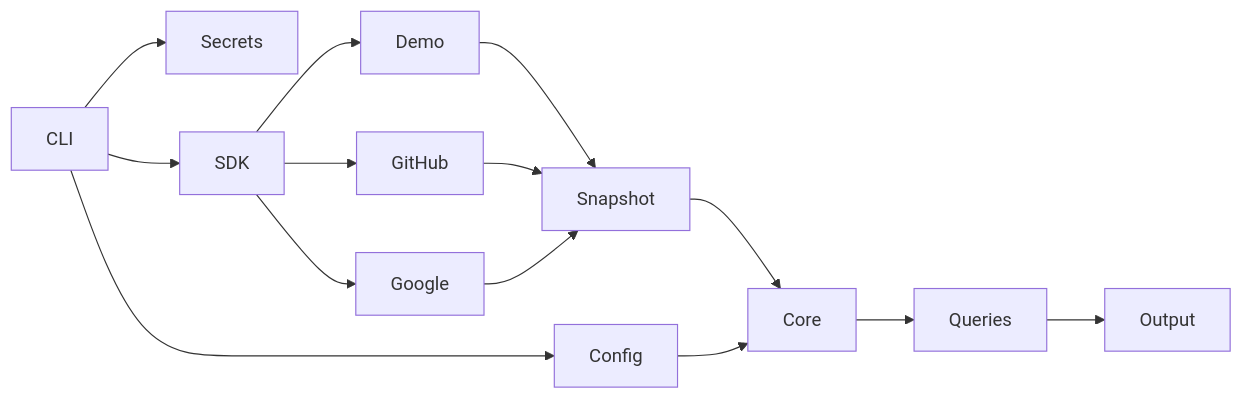
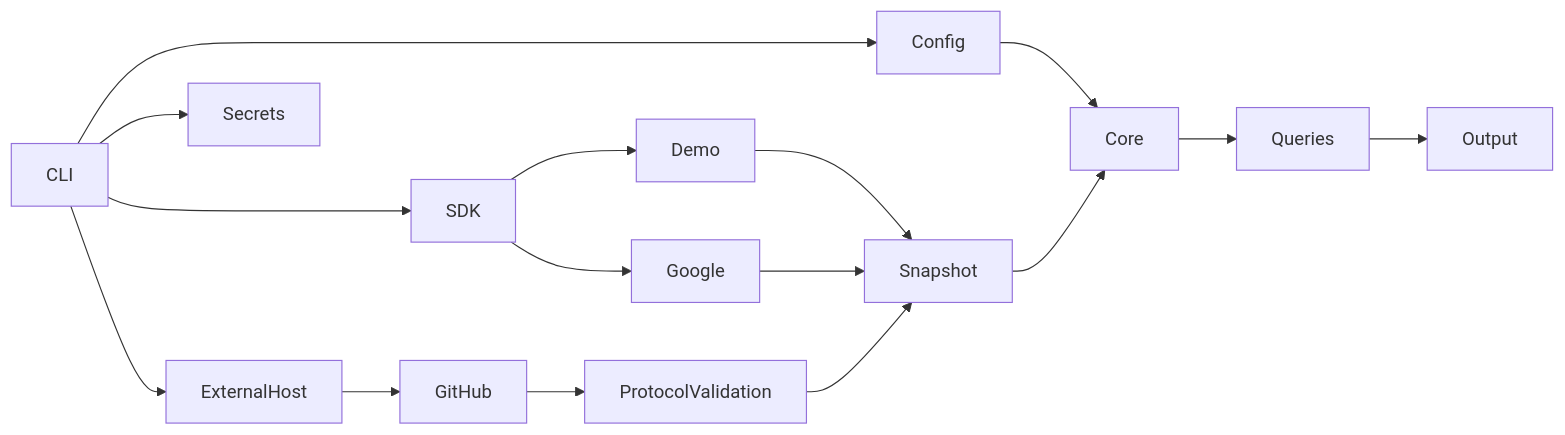
One commit to NIPE-Solutions/permesh changed the diagram in docs/ARCHITECTURE.md. Above: the diagram before and after it, drawn with Mermaid. The commit also changed other lines of this file and 32 other files, not shown here.

Commit message:
Run GitHub discovery exclusively through approved external providers

````diff
--- a/docs/ARCHITECTURE.md
+++ b/docs/ARCHITECTURE.md
@@ -10,16 +10,18 @@
 ```mermaid
 flowchart LR
   CLI --> Config
   CLI --> Secrets
   CLI --> SDK
   SDK --> Demo
-  SDK --> GitHub
+  CLI --> ExternalHost
+  ExternalHost --> GitHub
+  GitHub --> ProtocolValidation
   SDK --> Google
   Demo --> Snapshot
-  GitHub --> Snapshot
+  ProtocolValidation --> Snapshot
   Google --> Snapshot
   Snapshot --> Core
   Config --> Core
   Core --> Queries
   Queries --> Output
 ```
````
